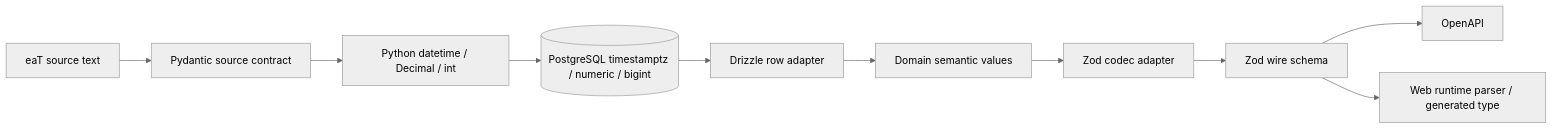
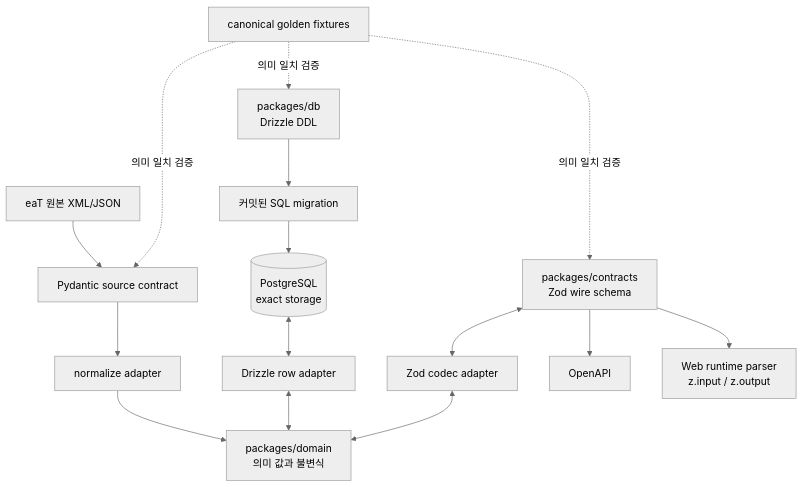
Before and after one commit to Lamyzm/eat-bid-service: the diagram in docs/architecture/time-and-value-contracts.md, drawn with Mermaid (neutral theme). The commit also changed other lines of this file and 1 other file, not shown here.

Commit message:
docs(architecture): clarify contract authorities

````diff
--- a/docs/architecture/time-and-value-contracts.md
+++ b/docs/architecture/time-and-value-contracts.md
@@ -9,12 +14,20 @@
 ```mermaid
-flowchart LR
-    source[eaT source text] --> pydantic[Pydantic source contract]
-    pydantic --> pyvalue[Python datetime / Decimal / int]
-    pyvalue --> pg[(PostgreSQL timestamptz / numeric / bigint)]
-    pg --> drizzle[Drizzle row adapter]
-    drizzle --> domain[Domain semantic values]
-    domain --> codec[Zod codec adapter]
-    codec --> wire[Zod wire schema]
+flowchart TB
+    source[eaT 원본 XML/JSON] --> pydantic[Pydantic source contract]
+    pydantic --> normalize[normalize adapter]
+    normalize --> domain[packages/domain<br/>의미 값과 불변식]
+
+    ddl[packages/db<br/>Drizzle DDL] --> migration[커밋된 SQL migration]
+    migration --> pg[(PostgreSQL<br/>exact storage)]
+    pg <--> row[Drizzle row adapter]
+    row <--> domain
+
+    wire[packages/contracts<br/>Zod wire schema] <--> codec[Zod codec adapter]
+    codec <--> domain
     wire --> openapi[OpenAPI]
-    wire --> client[Web runtime parser / generated type]
+    wire --> client[Web runtime parser<br/>z.input / z.output]
+
+    fixture[canonical golden fixtures] -. 의미 일치 검증 .-> pydantic
+    fixture -. 의미 일치 검증 .-> ddl
+    fixture -. 의미 일치 검증 .-> wire
 ```
````
